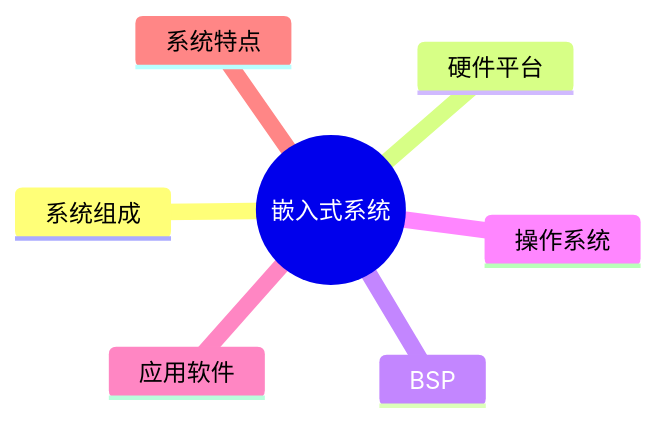
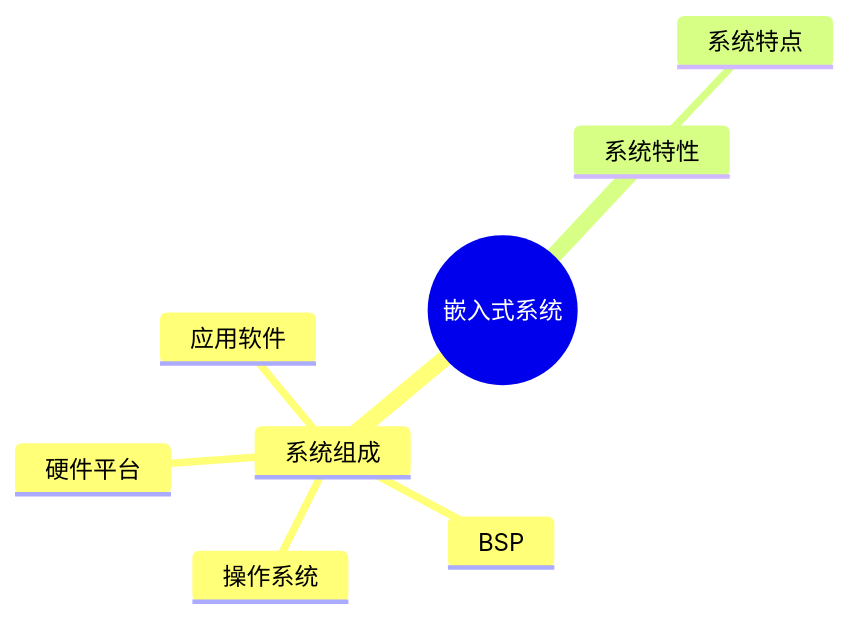
One commit to skylonely/sgao-website changed the first of 3 diagrams in docs/ruankao/system-architect/chapters/chapter-04/06-embedded-system.md. Above: the diagram before and after it, drawn with Mermaid. The commit also changed other lines of this file and 39 other files, not shown here.

Commit message:
fix: Mermaid 思维导图

````diff
--- a/docs/ruankao/system-architect/chapters/chapter-04/06-embedded-system.md
+++ b/docs/ruankao/system-architect/chapters/chapter-04/06-embedded-system.md
@@ -34,10 +34,11 @@
 ```mermaid
 mindmap
   root((嵌入式系统))
     系统组成
-    硬件平台
-    BSP
-    操作系统
-    应用软件
-    系统特点
+      硬件平台
+      BSP
+      操作系统
+      应用软件
+    系统特性
+      系统特点
 ```
````
